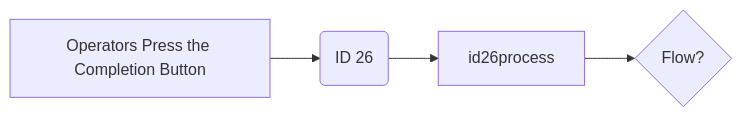
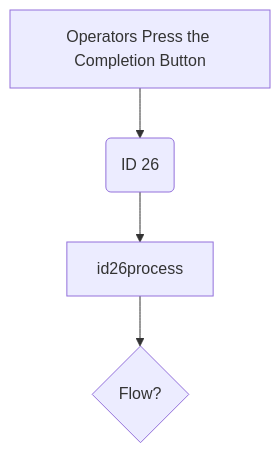
One commit to luthfiadityaa/SimeDarby-Wiki changed diagram 19 of 20 in Basic-Design/DFD-WMS/Retrieval/Specific-Location-Retrieval-Setting.md. Above: the diagram before and after it, drawn with Mermaid.

Commit message:
Updated Specific Location Retrieval Setting

```diff
--- a/Basic-Design/DFD-WMS/Retrieval/Specific-Location-Retrieval-Setting.md
+++ b/Basic-Design/DFD-WMS/Retrieval/Specific-Location-Retrieval-Setting.md
@@ -835,16 +835,16 @@
 ::: mermaid
-flowchart LR
+flowchart TD
 
 buttonclicked["
 Operators Press the Completion Button
 "]
 
 id26msg("
 ID 26
 ")
 
 id26process[id26process]
 
 buttonclicked --> id26msg
 id26msg -->id26process-->Cond1{Flow?}
 :::
```
